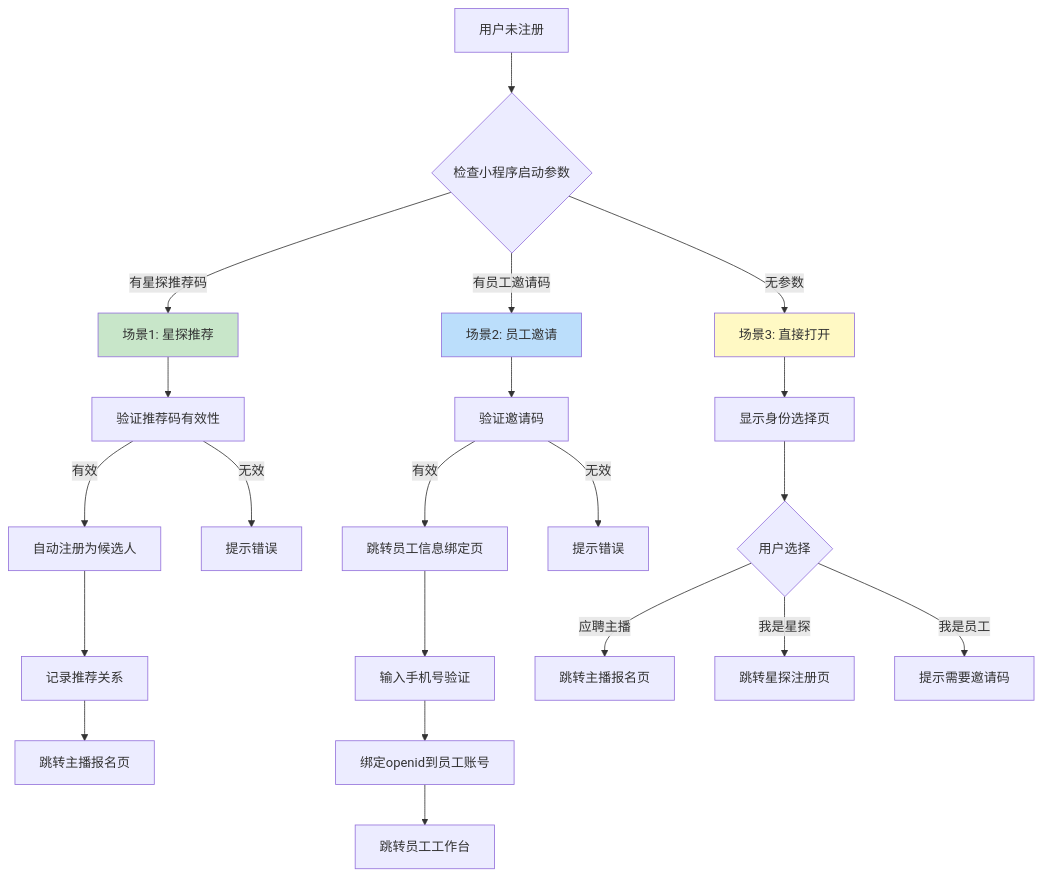
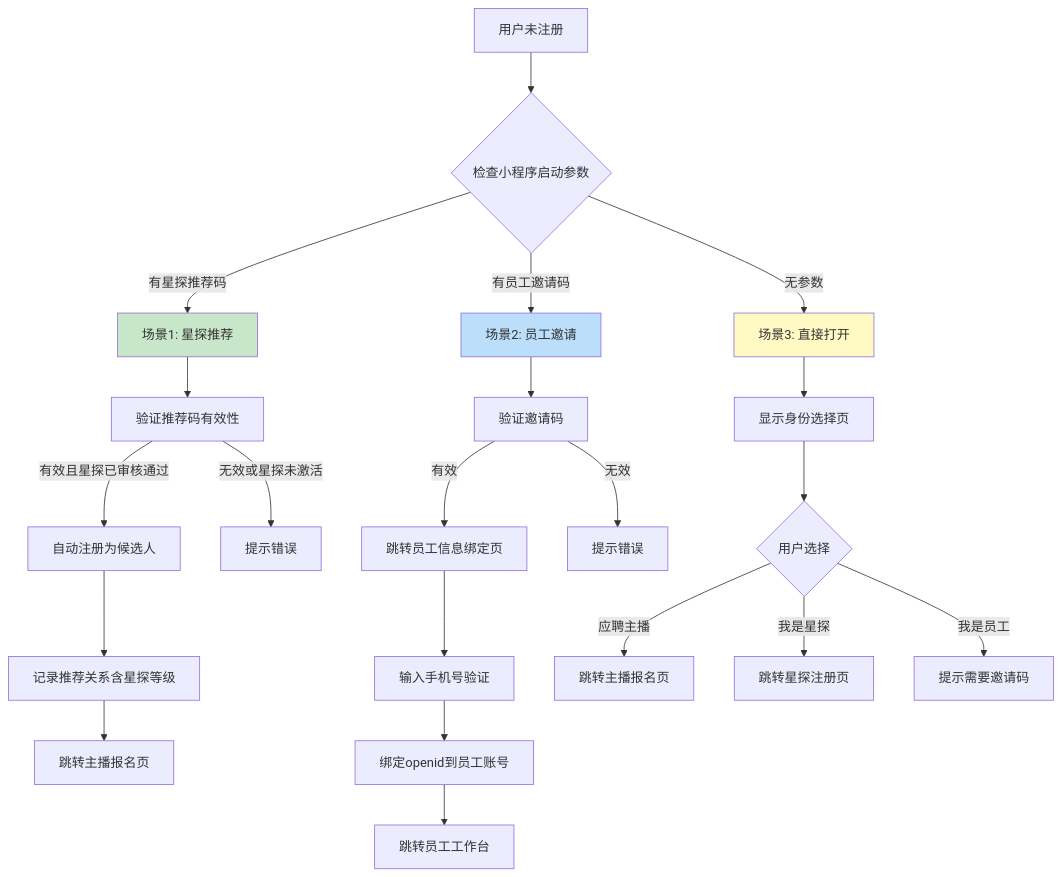
One commit to chzhh393/aomi-star changed the first of 3 diagrams in docs/guides/business/workflows/candidate-journey.md. Above: the diagram before and after it, drawn with Mermaid. The commit also changed other lines of this file and 47 other files, not shown here.

````diff
--- a/docs/guides/business/workflows/candidate-journey.md
+++ b/docs/guides/business/workflows/candidate-journey.md
@@ -24,30 +25,30 @@
 ```mermaid
 graph TD
     A[用户未注册] --> B{检查小程序启动参数}
 
     B -->|有星探推荐码| C[场景1: 星探推荐]
     C --> C1[验证推荐码有效性]
-    C1 -->|有效| C2[自动注册为候选人]
-    C2 --> C3[记录推荐关系]
+    C1 -->|有效且星探已审核通过| C2[自动注册为候选人]
+    C2 --> C3[记录推荐关系含星探等级]
     C3 --> C4[跳转主播报名页]
-    C1 -->|无效| C5[提示错误]
+    C1 -->|无效或星探未激活| C5[提示错误]
 
     B -->|有员工邀请码| D[场景2: 员工邀请]
     D --> D1[验证邀请码]
     D1 -->|有效| D2[跳转员工信息绑定页]
     D2 --> D3[输入手机号验证]
     D3 --> D4[绑定openid到员工账号]
     D4 --> D5[跳转员工工作台]
     D1 -->|无效| D6[提示错误]
 
     B -->|无参数| E[场景3: 直接打开]
     E --> E1[显示身份选择页]
     E1 --> E2{用户选择}
     E2 -->|应聘主播| E3[跳转主播报名页]
     E2 -->|我是星探| E4[跳转星探注册页]
     E2 -->|我是员工| E5[提示需要邀请码]
 
     style C fill:#c8e6c9
     style D fill:#bbdefb
     style E fill:#fff9c4
 ```
````
